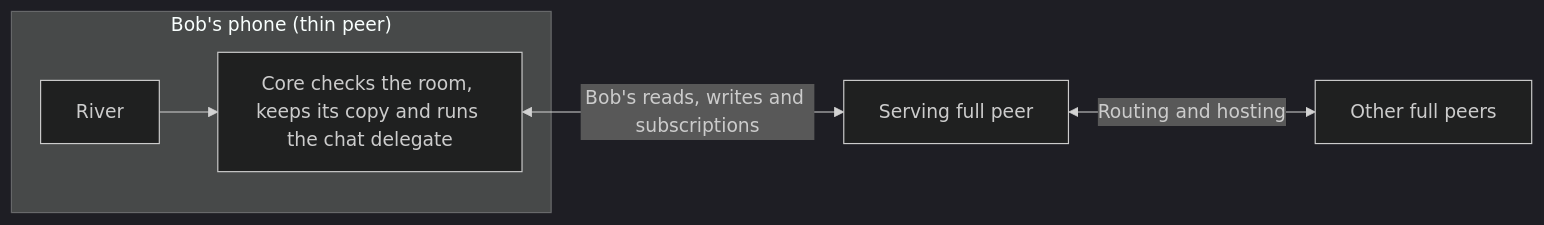
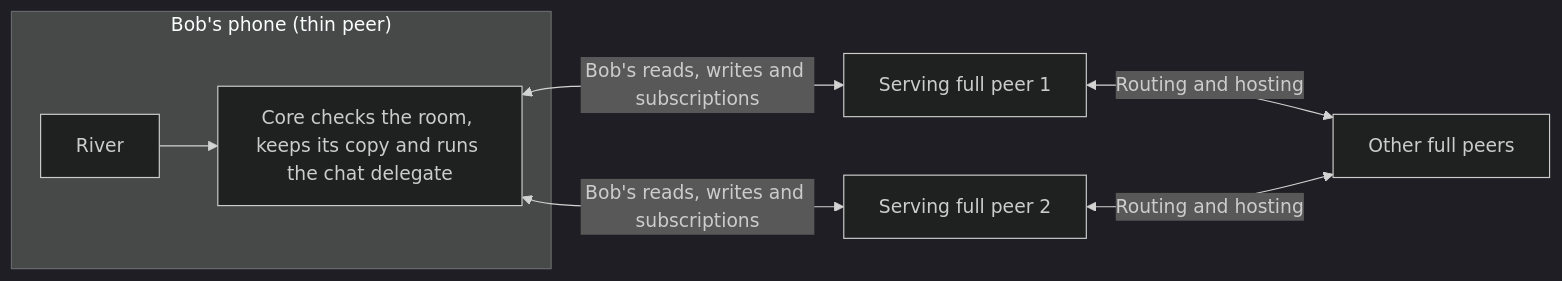
The diagram in 1-freenet-mobile-appkit/08-thin-peer.md (EVY-Platform/evy-freenet-plans), drawn with Mermaid (dark theme) before and after one commit. The commit also changed other lines of this file and 34 other files, not shown here.

````diff
--- a/1-freenet-mobile-appkit/08-thin-peer.md
+++ b/1-freenet-mobile-appkit/08-thin-peer.md
@@ -18,8 +18,10 @@
 ```mermaid
 flowchart LR
   subgraph phone["Bob's phone (thin peer)"]
     river["River"] --> core["Core checks the room, keeps its copy and runs the chat delegate"]
   end
-  core <-->|"Bob's reads, writes and subscriptions"| serving["Serving full peer"]
-  serving <-->|"Routing and hosting"| peers["Other full peers"]
+  core <-->|"Bob's reads, writes and subscriptions"| serving1["Serving full peer 1"]
+  core <-->|"Bob's reads, writes and subscriptions"| serving2["Serving full peer 2"]
+  serving1 <-->|"Routing and hosting"| peers["Other full peers"]
+  serving2 <-->|"Routing and hosting"| peers
 ```
````
